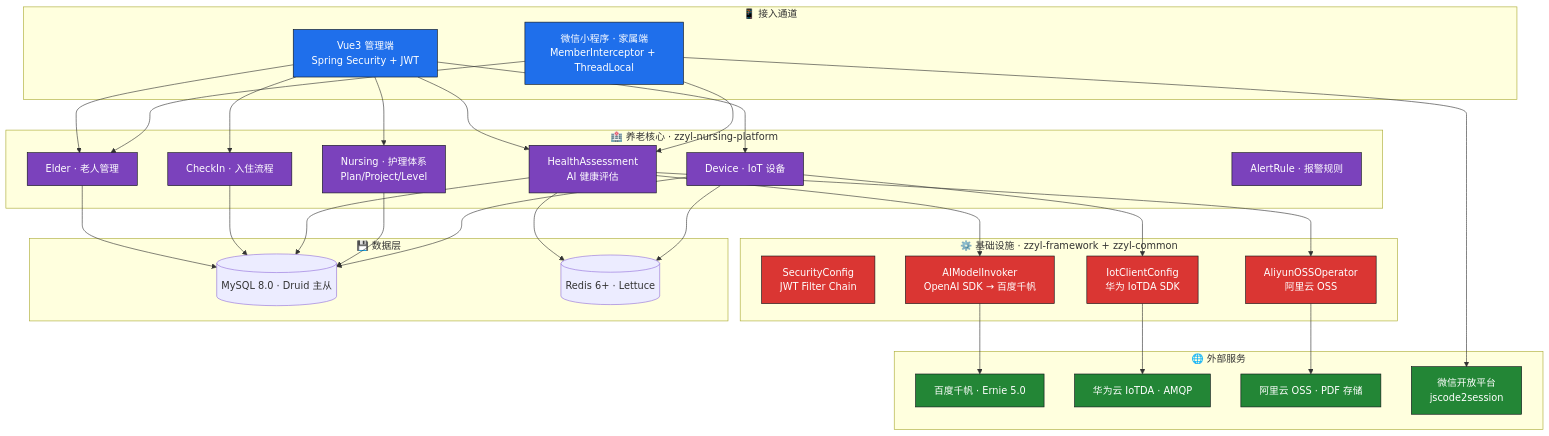
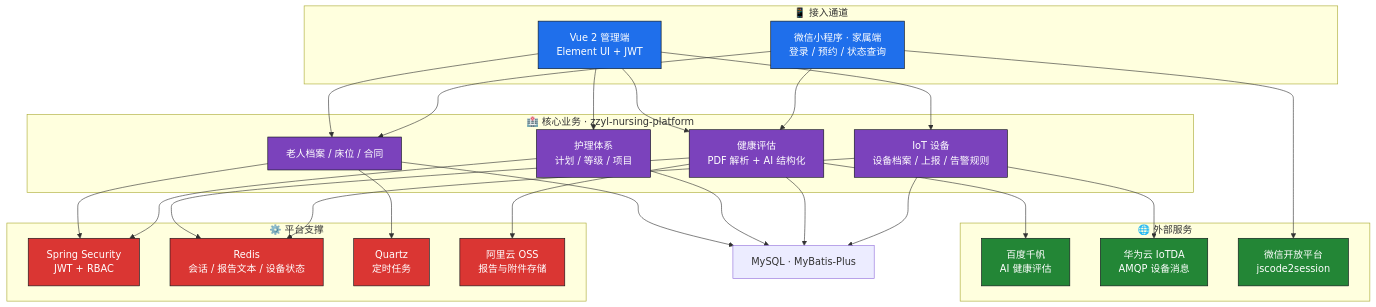
The fourth of 4 diagrams in README.md (1byteone/1byteone), drawn with Mermaid before and after one commit. The commit also changed other lines of this file and 5 other files, not shown here.

````diff
--- a/README.md
+++ b/README.md
@@ -431,71 +437,61 @@
 ```mermaid
 flowchart TB
     subgraph Channels["📱 接入通道"]
-        ADMIN["Vue3 管理端<br/>Spring Security + JWT"]
-        MINIAPP["微信小程序 · 家属端<br/>MemberInterceptor + ThreadLocal"]
+        ADMIN["Vue 2 管理端<br/>Element UI + JWT"]
+        MINIAPP["微信小程序 · 家属端<br/>登录 / 预约 / 状态查询"]
     end
 
-    subgraph Business["🏥 养老核心 · zzyl-nursing-platform"]
-        ELDER["Elder · 老人管理"]
-        CHECKIN["CheckIn · 入住流程"]
-        HEALTH["HealthAssessment<br/>AI 健康评估"]
-        NURSING["Nursing · 护理体系<br/>Plan/Project/Level"]
-        DEVICE["Device · IoT 设备"]
-        ALERT["AlertRule · 报警规则"]
+    subgraph Business["🏥 核心业务 · zzyl-nursing-platform"]
+        ELDER["老人档案 / 床位 / 合同"]
+        NURSING["护理体系<br/>计划 / 等级 / 项目"]
+        HEALTH["健康评估<br/>PDF 解析 + AI 结构化"]
+        DEVICE["IoT 设备<br/>设备档案 / 上报 / 告警规则"]
     end
 
-    subgraph Infra["⚙️ 基础设施 · zzyl-framework + zzyl-common"]
-        SEC["SecurityConfig<br/>JWT Filter Chain"]
-        IOT["IotClientConfig<br/>华为 IoTDA SDK"]
-        AI["AIModelInvoker<br/>OpenAI SDK → 百度千帆"]
-        OSS["AliyunOSSOperator<br/>阿里云 OSS"]
+    subgraph Infra["⚙️ 平台支撑"]
+        AUTH["Spring Security<br/>JWT + RBAC"]
+        CACHE["Redis<br/>会话 / 报告文本 / 设备状态"]
+        JOB["Quartz<br/>定时任务"]
+        OSS["阿里云 OSS<br/>报告与附件存储"]
     end
 
     subgraph External["🌐 外部服务"]
-        BAIDU["百度千帆 · Ernie 5.0"]
-        HUAWEI["华为云 IoTDA · AMQP"]
-        ALIYUN["阿里云 OSS · PDF 存储"]
+        BAIDU["百度千帆<br/>AI 健康评估"]
+        HUAWEI["华为云 IoTDA<br/>AMQP 设备消息"]
         WECHAT["微信开放平台<br/>jscode2session"]
     end
 
-    subgraph Data["💾 数据层"]
-        MYSQL[("MySQL 8.0 · Druid 主从")]
-        REDIS[("Redis 6+ · Lettuce")]
-    end
+    DATA["MySQL · MyBatis-Plus"]
 
     ADMIN --> ELDER
-    ADMIN --> CHECKIN
+    ADMIN --> NURSING
     ADMIN --> HEALTH
-    ADMIN --> NURSING
     ADMIN --> DEVICE
     MINIAPP --> ELDER
     MINIAPP --> HEALTH
-
-    HEALTH --> AI
-    AI --> BAIDU
-    HEALTH --> OSS
-    OSS --> ALIYUN
-
-    DEVICE --> IOT
-    IOT --> HUAWEI
-
     MINIAPP --> WECHAT
 
-    ELDER --> MYSQL
-    CHECKIN --> MYSQL
-    HEALTH --> MYSQL
-    NURSING --> MYSQL
-    DEVICE --> MYSQL
+    HEALTH --> BAIDU
+    HEALTH --> OSS
+    HEALTH --> CACHE
+    DEVICE --> HUAWEI
+    DEVICE --> CACHE
 
-    HEALTH --> REDIS
-    DEVICE --> REDIS
+    ELDER --> AUTH
+    NURSING --> AUTH
+    ELDER --> JOB
+
+    ELDER --> DATA
+    NURSING --> DATA
+    HEALTH --> DATA
+    DEVICE --> DATA
 
     classDef channel fill:#1f6feb,stroke:#0d1117,color:#fff
     classDef biz fill:#7B42BC,stroke:#0d1117,color:#fff
     classDef infra fill:#DA3633,stroke:#0d1117,color:#fff
     classDef ext fill:#238636,stroke:#0d1117,color:#fff
     class ADMIN,MINIAPP channel
-    class ELDER,CHECKIN,HEALTH,NURSING,DEVICE,ALERT biz
-    class SEC,IOT,AI,OSS infra
-    class BAIDU,HUAWEI,ALIYUN,WECHAT ext
+    class ELDER,NURSING,HEALTH,DEVICE biz
+    class AUTH,CACHE,JOB,OSS infra
+    class BAIDU,HUAWEI,WECHAT ext
 ```
````
